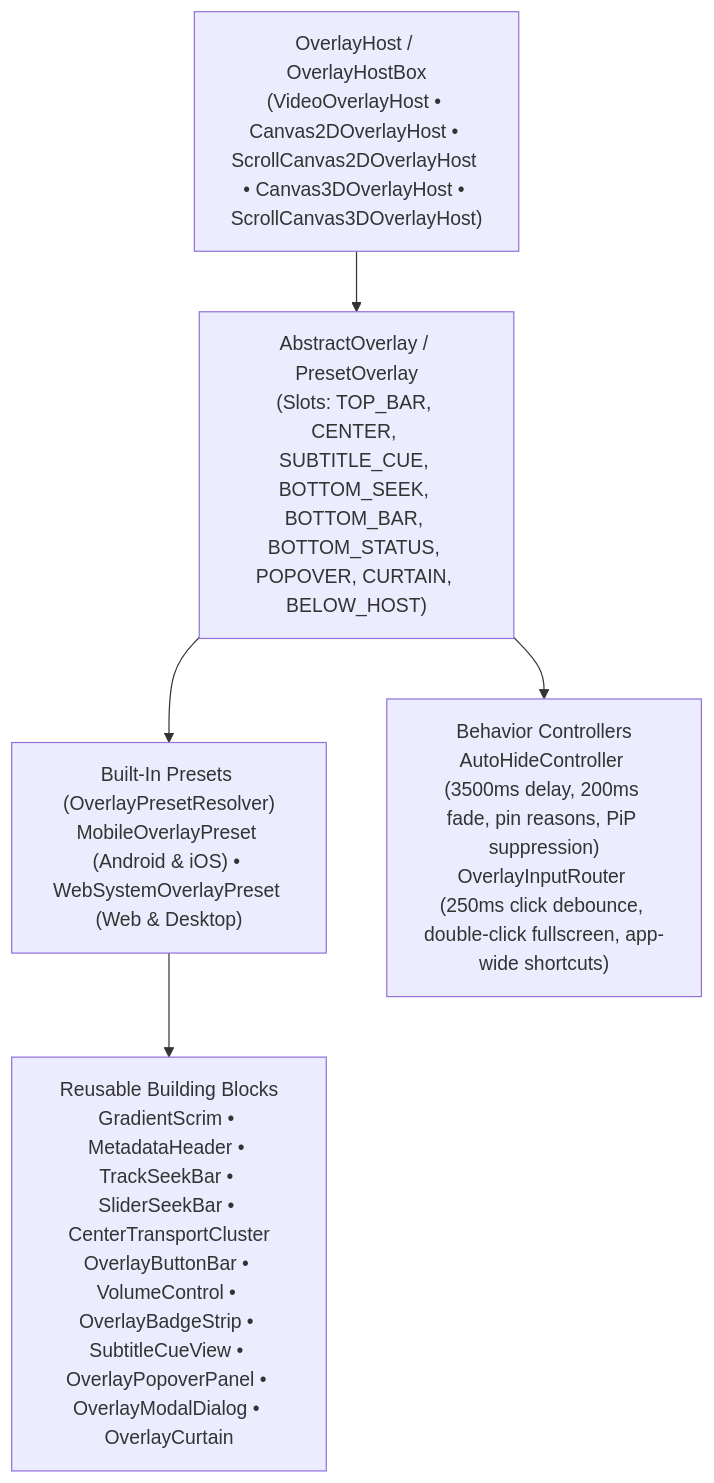
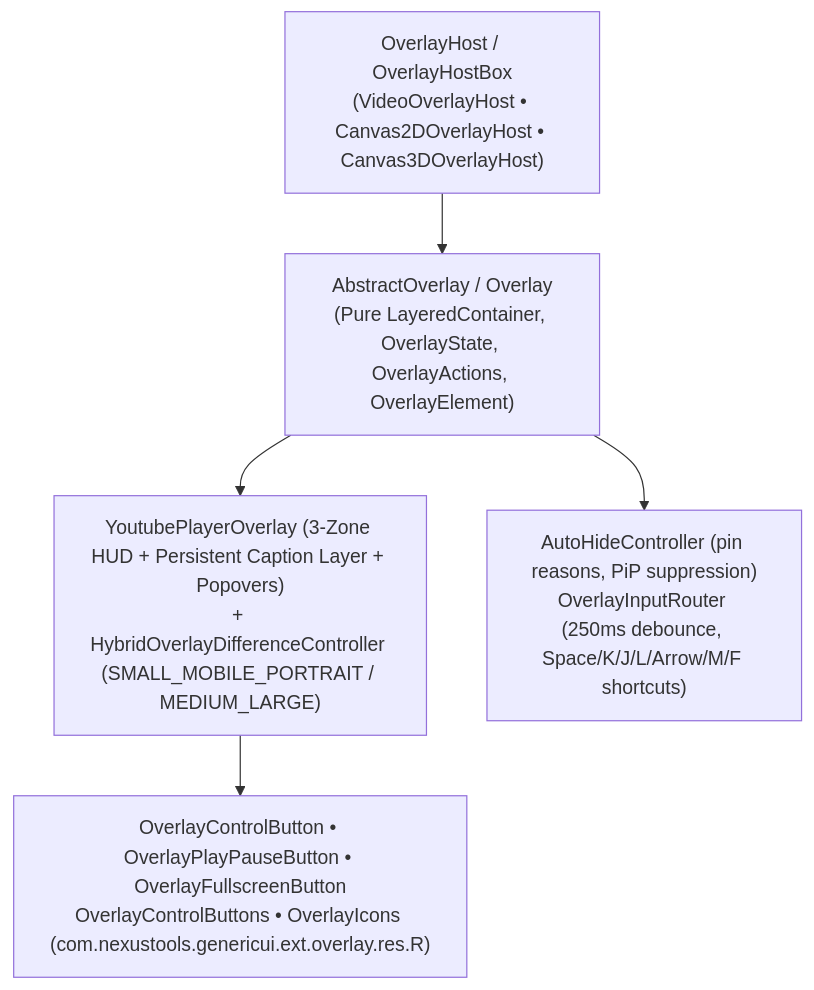
The diagram in docs/overlay.md (GenericUI/Extensions), drawn with Mermaid before and after one commit. The commit also changed other lines of this file and 309 other files, not shown here.

Commit message:
Add schema, serviceworker, and pip extensions, upgrade overlay and media codecs/settings/volume controls, and update docs

````diff
--- a/docs/overlay.md
+++ b/docs/overlay.md
@@ -24,13 +23,13 @@
 ```mermaid
 flowchart TD
-    Host["OverlayHost / OverlayHostBox<br/>(VideoOverlayHost • Canvas2DOverlayHost • ScrollCanvas2DOverlayHost • Canvas3DOverlayHost • ScrollCanvas3DOverlayHost)"]
-    Overlay["AbstractOverlay / PresetOverlay<br/>(Slots: TOP_BAR, CENTER, SUBTITLE_CUE, BOTTOM_SEEK, BOTTOM_BAR, BOTTOM_STATUS, POPOVER, CURTAIN, BELOW_HOST)"]
-    Presets["Built-In Presets (OverlayPresetResolver)<br/>MobileOverlayPreset (Android & iOS) • WebSystemOverlayPreset (Web & Desktop)"]
-    Controllers["Behavior Controllers<br/>AutoHideController (3500ms delay, 200ms fade, pin reasons, PiP suppression)<br/>OverlayInputRouter (250ms click debounce, double-click fullscreen, app-wide shortcuts)"]
-    Blocks["Reusable Building Blocks<br/>GradientScrim • MetadataHeader • TrackSeekBar • SliderSeekBar • CenterTransportCluster<br/>OverlayButtonBar • VolumeControl • OverlayBadgeStrip • SubtitleCueView • OverlayPopoverPanel • OverlayModalDialog • OverlayCurtain"]
+    Host["OverlayHost / OverlayHostBox<br/>(VideoOverlayHost • Canvas2DOverlayHost • Canvas3DOverlayHost)"]
+    Overlay["AbstractOverlay / Overlay<br/>(Pure LayeredContainer, OverlayState, OverlayActions, OverlayElement)"]
+    Youtube["YoutubePlayerOverlay (3-Zone HUD + Persistent Caption Layer + Popovers)<br/>+ HybridOverlayDifferenceController (SMALL_MOBILE_PORTRAIT / MEDIUM_LARGE)"]
+    Buttons["OverlayControlButton • OverlayPlayPauseButton • OverlayFullscreenButton<br/>OverlayControlButtons • OverlayIcons (com.nexustools.genericui.ext.overlay.res.R)"]
+    Controllers["AutoHideController (pin reasons, PiP suppression)<br/>OverlayInputRouter (250ms debounce, Space/K/J/L/Arrow/M/F shortcuts)"]
 
     Host --> Overlay
-    Overlay --> Presets
+    Overlay --> Youtube
     Overlay --> Controllers
-    Presets --> Blocks
+    Youtube --> Buttons
 ```
````
